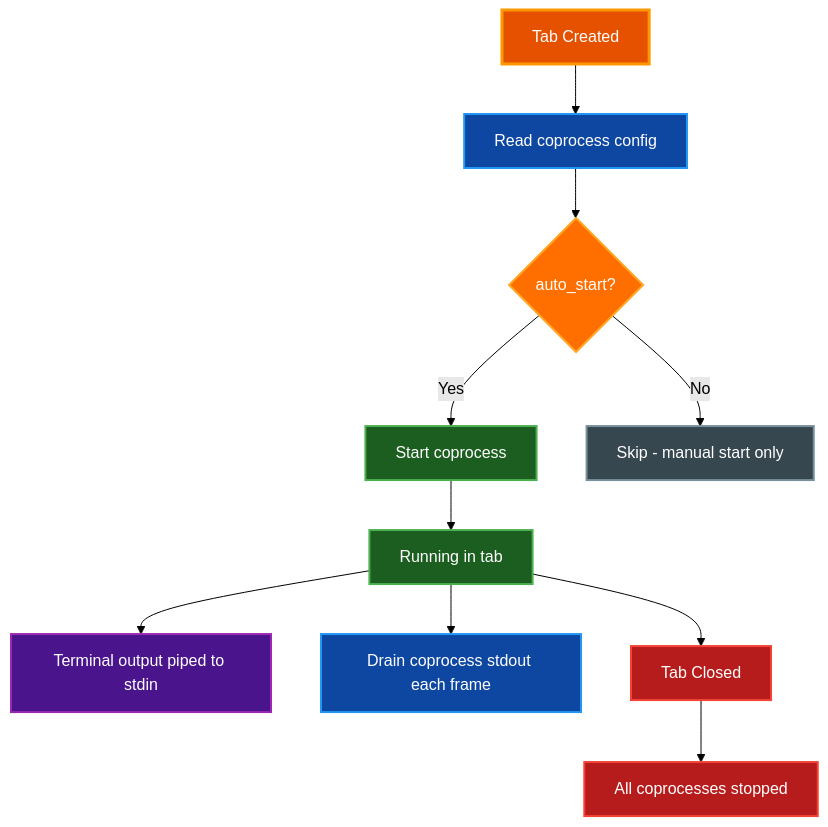
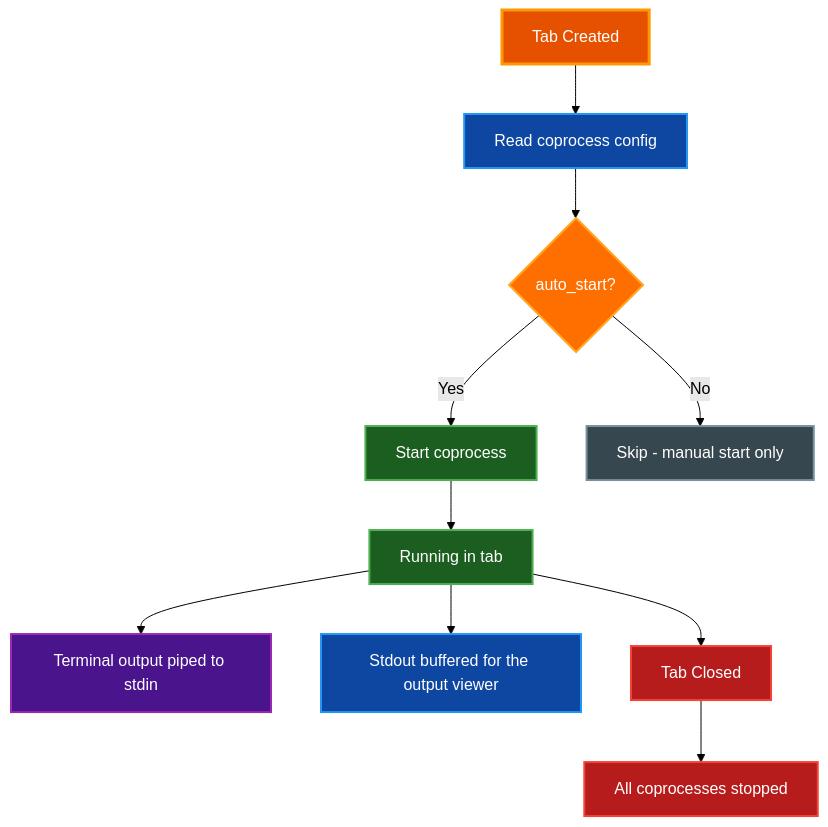
Before and after one commit to paulrobello/par-term: the fifth of 6 diagrams in docs/features/AUTOMATION.md, drawn with Mermaid (forest theme). The commit also changed other lines of this file and 39 other files, not shown here.

````diff
--- a/docs/features/AUTOMATION.md
+++ b/docs/features/AUTOMATION.md
@@ -564,34 +564,34 @@
 ```mermaid
 graph TD
     Tab[Tab Created]
     Config[Read coprocess config]
     Check{auto_start?}
     Start[Start coprocess]
     Skip[Skip - manual start only]
     Running[Running in tab]
     Output[Terminal output piped to stdin]
-    Drain[Drain coprocess stdout each frame]
+    Drain[Stdout buffered for the output viewer]
     Close[Tab Closed]
     Stop[All coprocesses stopped]
 
     Tab --> Config
     Config --> Check
     Check -->|Yes| Start
     Check -->|No| Skip
     Start --> Running
     Running --> Output
     Running --> Drain
     Running --> Close
     Close --> Stop
 
     style Tab fill:#e65100,stroke:#ff9800,stroke-width:3px,color:#ffffff
     style Config fill:#0d47a1,stroke:#2196f3,stroke-width:2px,color:#ffffff
     style Check fill:#ff6f00,stroke:#ffa726,stroke-width:2px,color:#ffffff
     style Start fill:#1b5e20,stroke:#4caf50,stroke-width:2px,color:#ffffff
     style Skip fill:#37474f,stroke:#78909c,stroke-width:2px,color:#ffffff
     style Running fill:#1b5e20,stroke:#4caf50,stroke-width:2px,color:#ffffff
     style Output fill:#4a148c,stroke:#9c27b0,stroke-width:2px,color:#ffffff
     style Drain fill:#0d47a1,stroke:#2196f3,stroke-width:2px,color:#ffffff
     style Close fill:#b71c1c,stroke:#f44336,stroke-width:2px,color:#ffffff
     style Stop fill:#b71c1c,stroke:#f44336,stroke-width:2px,color:#ffffff
 ```
````
